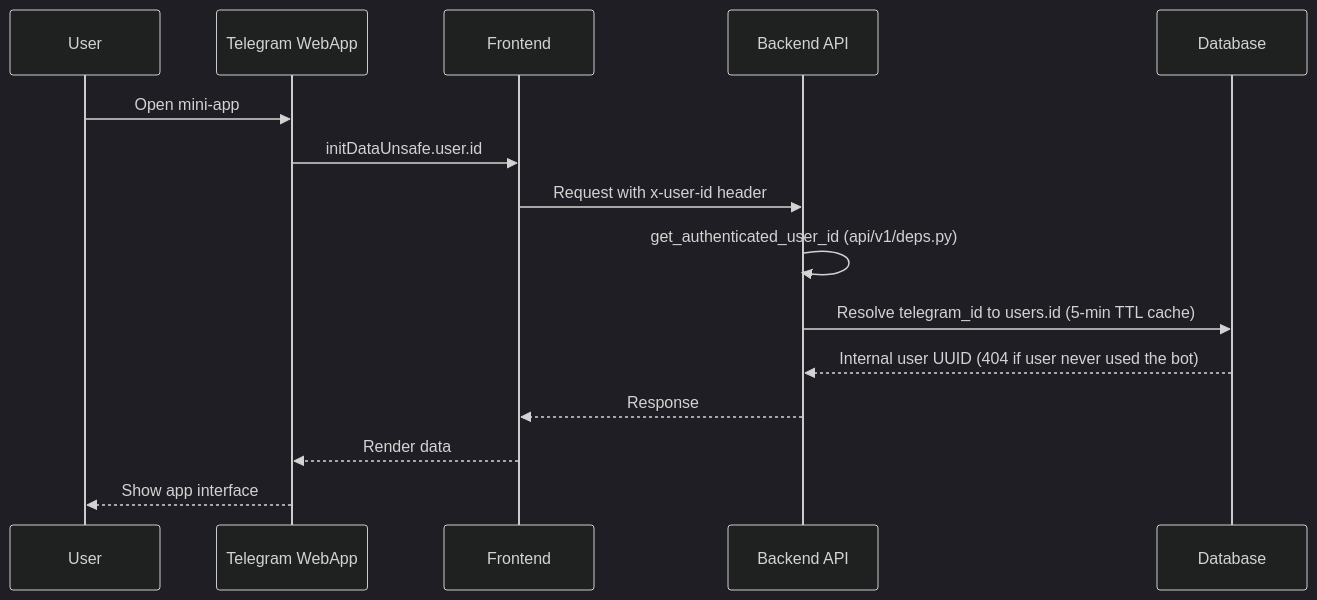
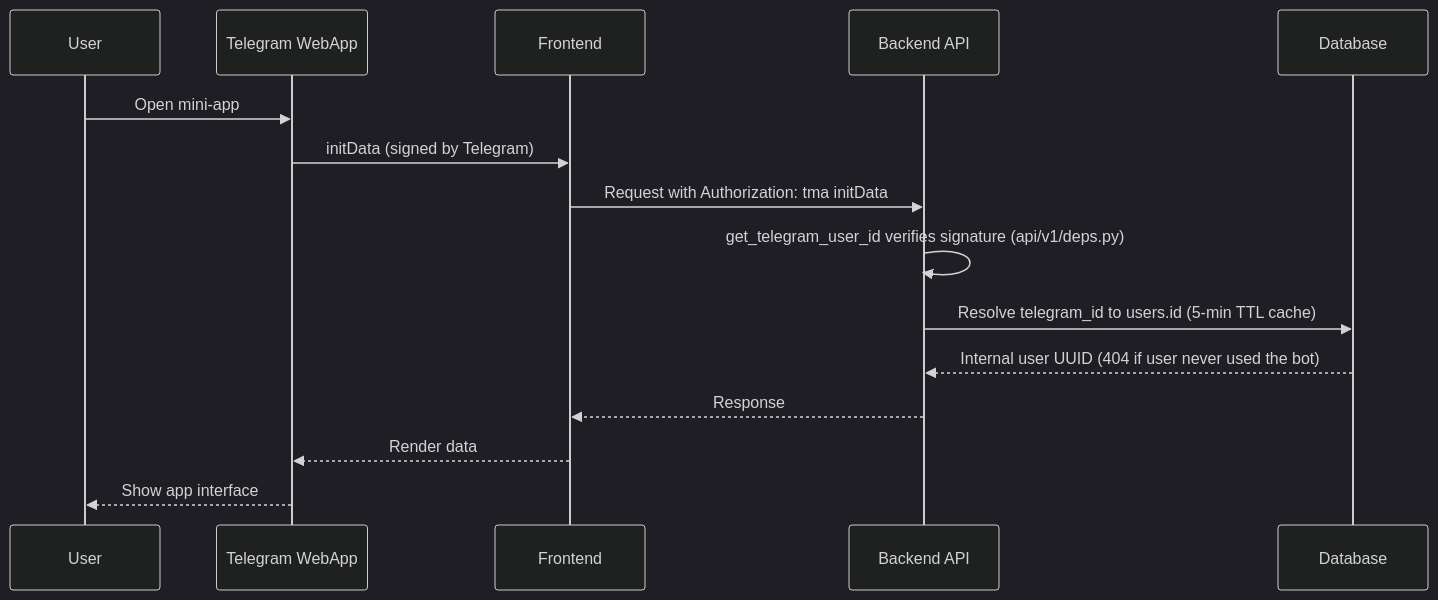
One commit to gofrolist/calorie-track-ai-bot-api changed the sixth of 14 diagrams in docs/ARCHITECTURE.md. Above: the diagram before and after it, drawn with Mermaid (dark theme). The commit also changed other lines of this file and 7 other files, not shown here.

First line of the commit message:
docs: document Telegram initData authentication and rollout

````diff
--- a/docs/ARCHITECTURE.md
+++ b/docs/ARCHITECTURE.md
@@ -400,18 +400,18 @@
 ```mermaid
 sequenceDiagram
     participant U as User
     participant WA as Telegram WebApp
     participant FE as Frontend
     participant API as Backend API
     participant DB as Database
 
     U->>WA: Open mini-app
-    WA->>FE: initDataUnsafe.user.id
-    FE->>API: Request with x-user-id header
-    API->>API: get_authenticated_user_id (api/v1/deps.py)
+    WA->>FE: initData (signed by Telegram)
+    FE->>API: Request with Authorization: tma initData
+    API->>API: get_telegram_user_id verifies signature (api/v1/deps.py)
     API->>DB: Resolve telegram_id to users.id (5-min TTL cache)
     DB-->>API: Internal user UUID (404 if user never used the bot)
     API-->>FE: Response
     FE-->>WA: Render data
     WA-->>U: Show app interface
 ```
````
